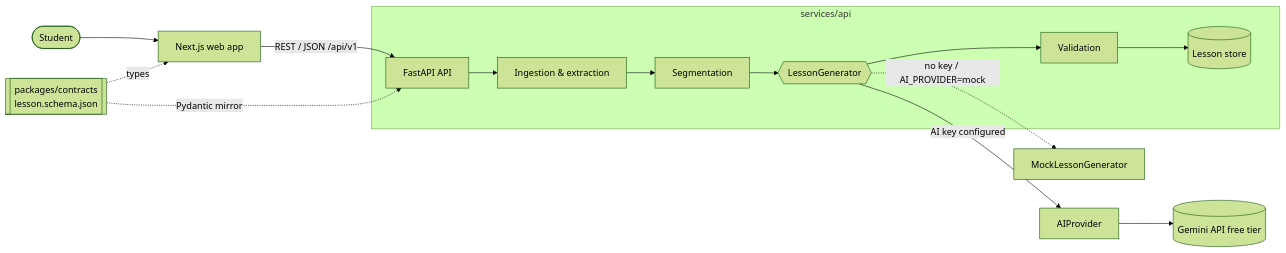
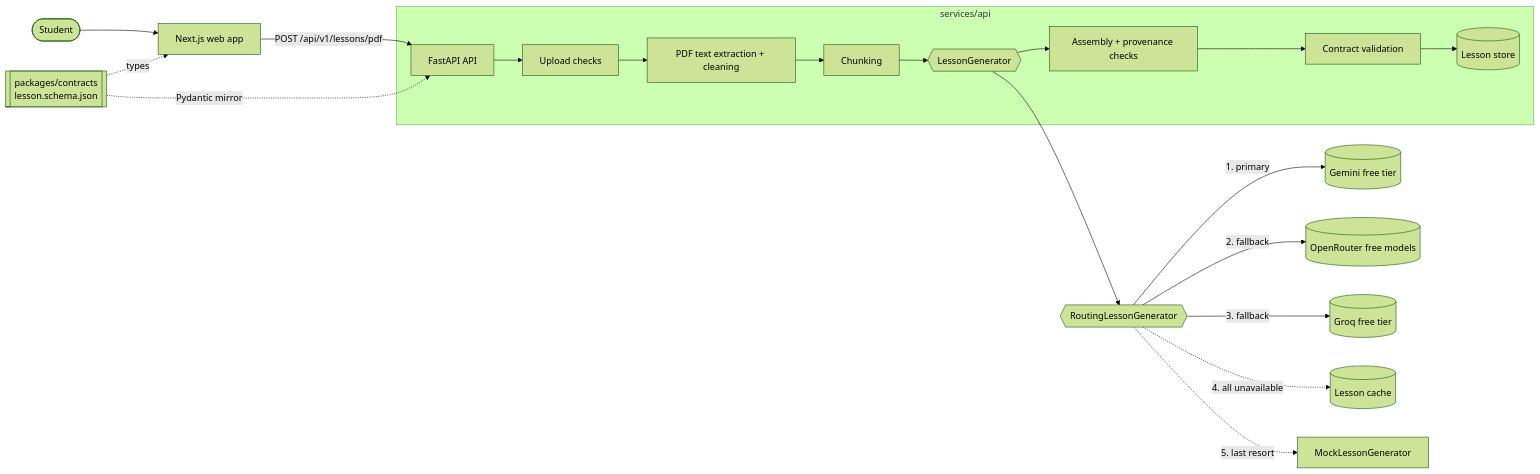
One commit to shloknarvekar/visual-learning-accessibility changed the diagram in docs/architecture/overview.md. Above: the diagram before and after it, drawn with Mermaid (forest theme). The commit also changed other lines of this file and 56 other files, not shown here.

````diff
--- a/docs/architecture/overview.md
+++ b/docs/architecture/overview.md
@@ -13,17 +13,22 @@
 ```mermaid
 flowchart LR
   user([Student]) --> web[Next.js web app]
-  web -- "REST / JSON  /api/v1" --> api[FastAPI API]
+  web -- "POST /api/v1/lessons/pdf" --> api[FastAPI API]
   subgraph api_internals [services/api]
-    api --> ingestion[Ingestion &amp; extraction]
-    ingestion --> segmentation[Segmentation]
-    segmentation --> generator{{LessonGenerator}}
-    generator --> validation[Validation]
+    api --> upload[Upload checks]
+    upload --> extraction[PDF text extraction + cleaning]
+    extraction --> chunking[Chunking]
+    chunking --> generator{{LessonGenerator}}
+    generator --> assembly[Assembly + provenance checks]
+    assembly --> validation[Contract validation]
     validation --> store[(Lesson store)]
   end
-  generator -- "AI key configured" --> provider[AIProvider]
-  provider --> gemini[(Gemini API free tier)]
-  generator -. "no key / AI_PROVIDER=mock" .-> mock[MockLessonGenerator]
+  generator --> routing{{RoutingLessonGenerator}}
+  routing -- "1. primary" --> gemini[(Gemini free tier)]
+  routing -- "2. fallback" --> openrouter[(OpenRouter free models)]
+  routing -- "3. fallback" --> groq[(Groq free tier)]
+  routing -. "4. all unavailable" .-> cache[(Lesson cache)]
+  routing -. "5. last resort" .-> mock[MockLessonGenerator]
   contracts[[packages/contracts<br/>lesson.schema.json]] -. types .-> web
   contracts -. Pydantic mirror .-> api
 ```
````
